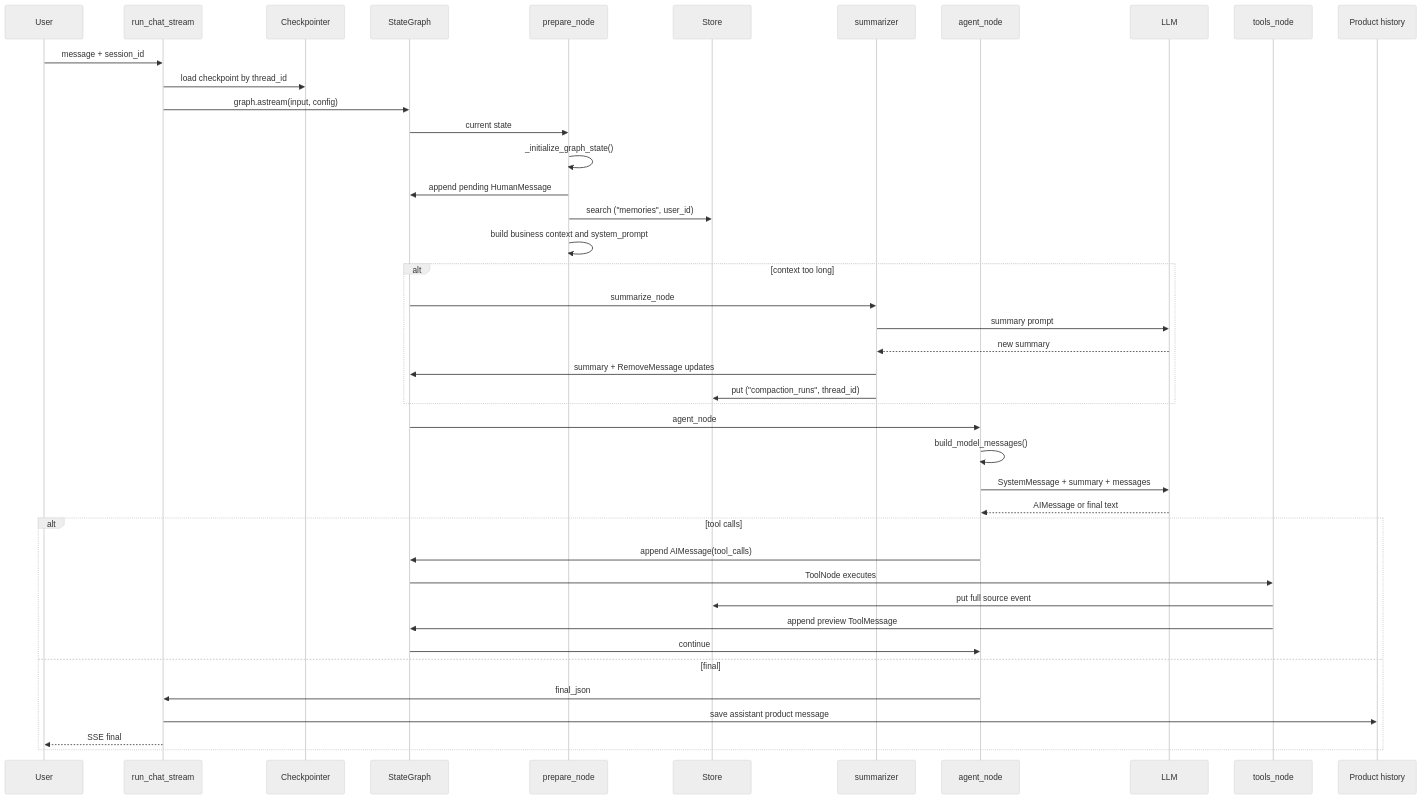
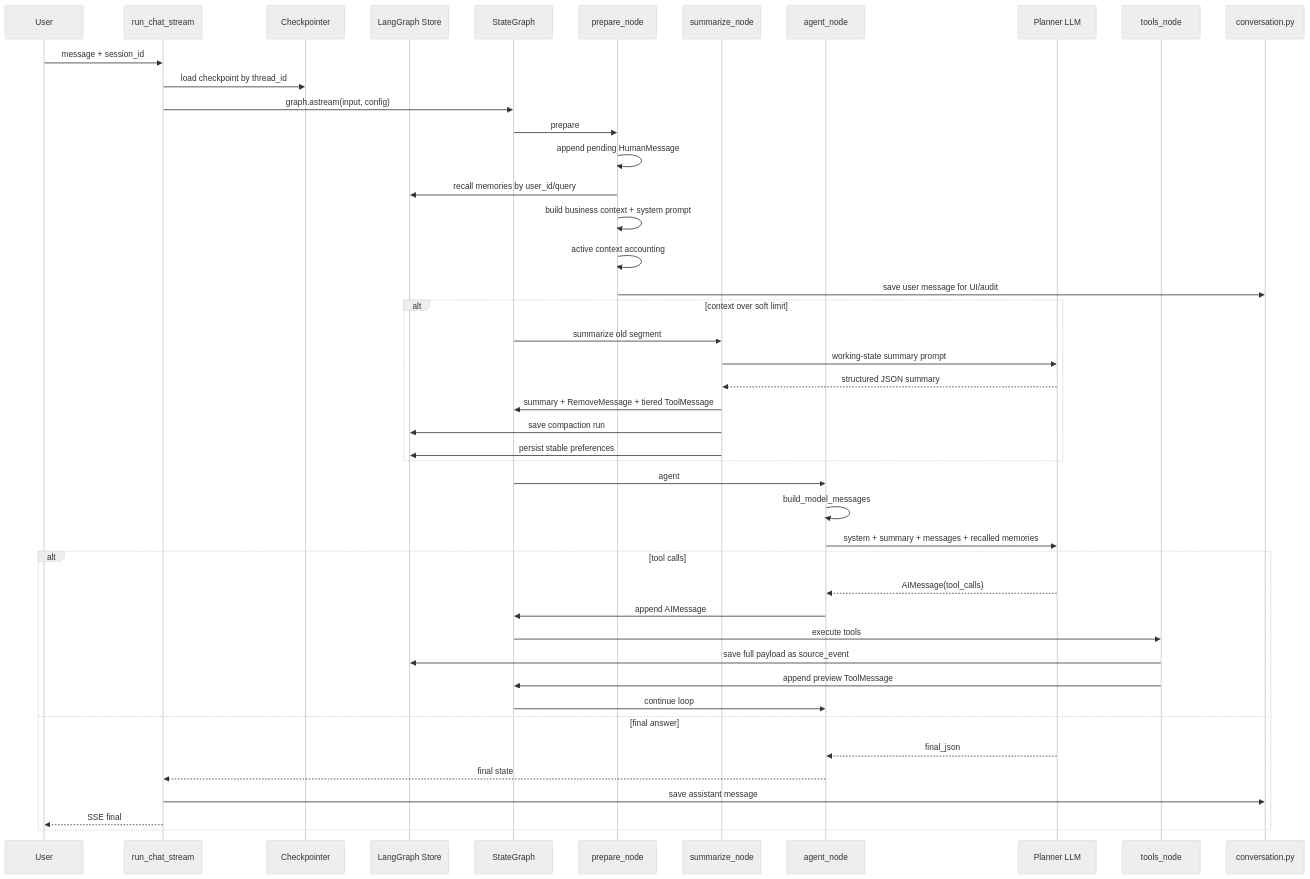
The second of 5 diagrams in CONTEXT_ENGINE_LEARNING_GUIDE.md (hellolml/smart-eats-ai-bakend), drawn with Mermaid (neutral theme) before and after one commit. The commit also changed other lines of this file and 3 other files, not shown here.

````diff
--- a/CONTEXT_ENGINE_LEARNING_GUIDE.md
+++ b/CONTEXT_ENGINE_LEARNING_GUIDE.md
@@ -136,45 +185,52 @@
 ```mermaid
 sequenceDiagram
-    participant U as User
-    participant R as run_chat_stream
-    participant C as Checkpointer
-    participant G as StateGraph
-    participant P as prepare_node
-    participant S as Store
-    participant M as summarizer
-    participant A as agent_node
-    participant L as LLM
-    participant T as tools_node
-    participant H as Product history
+    participant User as User
+    participant API as run_chat_stream
+    participant CP as Checkpointer
+    participant Store as LangGraph Store
+    participant Graph as StateGraph
+    participant Prepare as prepare_node
+    participant Compact as summarize_node
+    participant Agent as agent_node
+    participant LLM as Planner LLM
+    participant Tools as tools_node
+    participant Conv as conversation.py
 
-    U->>R: message + session_id
-    R->>C: load checkpoint by thread_id
-    R->>G: graph.astream(input, config)
-    G->>P: current state
-    P->>P: _initialize_graph_state()
-    P->>G: append pending HumanMessage
-    P->>S: search ("memories", user_id)
-    P->>P: build business context and system_prompt
-    alt context too long
-        G->>M: summarize_node
-        M->>L: summary prompt
-        L-->>M: new summary
-        M->>G: summary + RemoveMessage updates
-        M->>S: put ("compaction_runs", thread_id)
+    User->>API: message + session_id
+    API->>CP: load checkpoint by thread_id
+    API->>Graph: graph.astream(input, config)
+
+    Graph->>Prepare: prepare
+    Prepare->>Prepare: append pending HumanMessage
+    Prepare->>Store: recall memories by user_id/query
+    Prepare->>Prepare: build business context + system prompt
+    Prepare->>Prepare: active context accounting
+    Prepare->>Conv: save user message for UI/audit
+
+    alt context over soft limit
+        Graph->>Compact: summarize old segment
+        Compact->>LLM: working-state summary prompt
+        LLM-->>Compact: structured JSON summary
+        Compact->>Graph: summary + RemoveMessage + tiered ToolMessage
+        Compact->>Store: save compaction run
+        Compact->>Store: persist stable preferences
     end
-    G->>A: agent_node
-    A->>A: build_model_messages()
-    A->>L: SystemMessage + summary + messages
-    L-->>A: AIMessage or final text
+
+    Graph->>Agent: agent
+    Agent->>Agent: build_model_messages
+    Agent->>LLM: system + summary + messages + recalled memories
+
     alt tool calls
-        A->>G: append AIMessage(tool_calls)
-        G->>T: ToolNode executes
-        T->>S: put full source event
-        T->>G: append preview ToolMessage
-        G->>A: continue
-    else final
-        A->>R: final_json
-        R->>H: save assistant product message
-        R-->>U: SSE final
+        LLM-->>Agent: AIMessage(tool_calls)
+        Agent->>Graph: append AIMessage
+        Graph->>Tools: execute tools
+        Tools->>Store: save full payload as source_event
+        Tools->>Graph: append preview ToolMessage
+        Graph->>Agent: continue loop
+    else final answer
+        LLM-->>Agent: final_json
+        Agent-->>API: final state
+        API->>Conv: save assistant message
+        API-->>User: SSE final
     end
 ```
````
